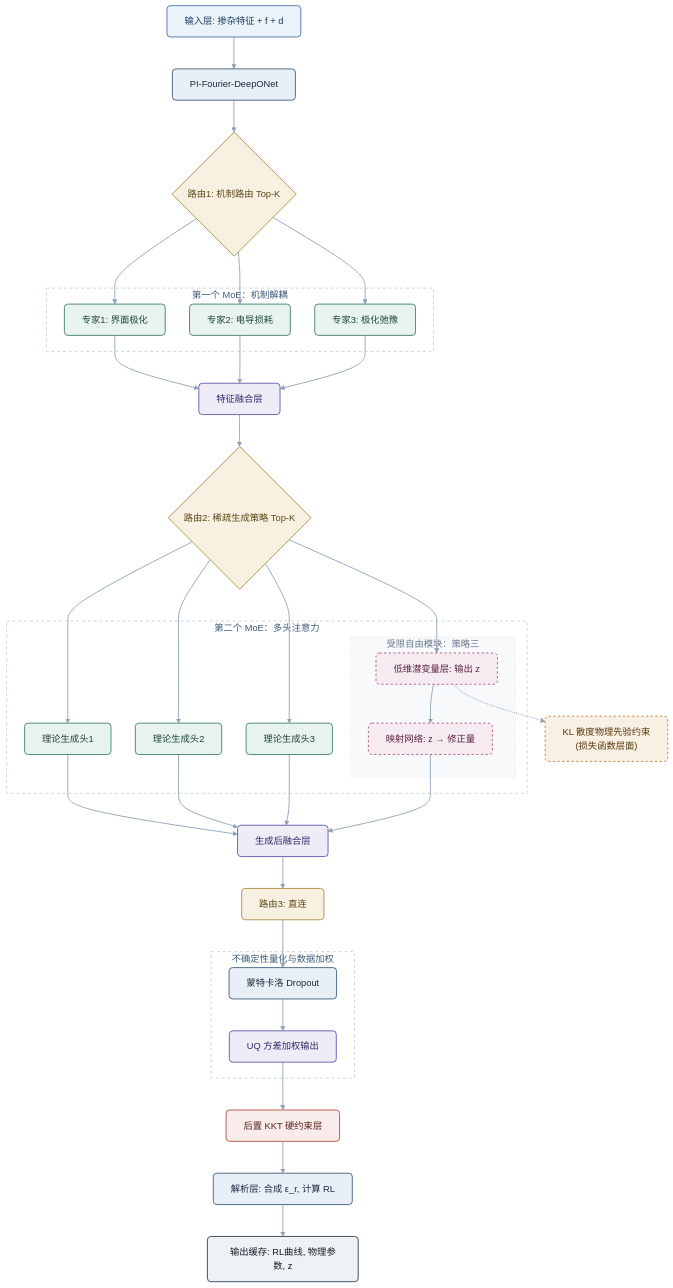
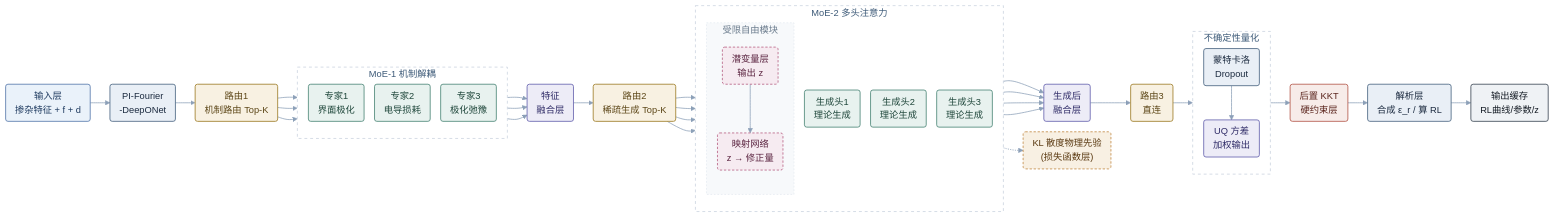
One commit to JasminePhy/iodraw-files changed the diagram in all/未命名.md. Above: the diagram before and after it, drawn with Mermaid.

Commit message:
2026-10-12 22:30:30 update

````diff
--- a/all/未命名.md
+++ b/all/未命名.md
@@ -1,56 +1,61 @@
 ```mermaid
-%%{init: {"theme":"base", "flowchart":{"nodeSpacing":42, "rankSpacing":55, "curve":"basis"}}}%%
+%%{init: {"theme":"base","flowchart":{"nodeSpacing":18,"rankSpacing":34,"padding":8,"curve":"basis","htmlLabels":true}} }%%
+%% Advanced Science 风格 · 单行横向紧凑版（架构/连线与原版完全一致，仅改排版与配色）
+flowchart LR
 
-flowchart TD
-    %% 配色定义（深冷学术风：冷色系为骨架，暖金色做决策强调）
-    classDef inputBox fill:#EAF2FA,stroke:#4A6FA5,stroke-width:1.5px,color:#1E3A5F,rx:6px,ry:6px;
-    classDef modelBox fill:#E9EFF6,stroke:#3D5A78,stroke-width:1.5px,color:#1B2A3F,rx:6px,ry:6px;
-    classDef routerBox fill:#F8F1E2,stroke:#A98B3E,stroke-width:1.5px,color:#5C4617,rx:6px,ry:6px;
-    classDef expertBox fill:#E8F2EF,stroke:#3F7D6E,stroke-width:1.5px,color:#1E463A,rx:6px,ry:6px;
-    classDef fusionBox fill:#EDECF7,stroke:#5A56A8,stroke-width:1.5px,color:#2E2A66,rx:6px,ry:6px;
-    classDef latentBox fill:#F6EBF1,stroke:#B2567B,stroke-width:1.5px,color:#5B2440,rx:6px,ry:6px,stroke-dasharray:4 4;
-    classDef hardBox fill:#F7ECE9,stroke:#AE4B3C,stroke-width:1.5px,color:#5A241C,rx:6px,ry:6px;
-    classDef outputBox fill:#EFF2F5,stroke:#2E3A48,stroke-width:1.5px,color:#141B24,rx:6px,ry:6px;
-    classDef lossBox fill:#F8F0E3,stroke:#BF823A,stroke-width:1.5px,color:#593810,rx:6px,ry:6px,stroke-dasharray:4 4;
+    %% ===== 配色：冷色骨架承担数据通路，暖金标记路由决策 =====
+    classDef inputBox  fill:#EAF2FA,stroke:#4A6FA5,stroke-width:1.3px,color:#1E3A5F,rx:4px,ry:4px;
+    classDef modelBox  fill:#E9EFF6,stroke:#3D5A78,stroke-width:1.3px,color:#1B2A3F,rx:4px,ry:4px;
+    classDef routerBox fill:#F8F1E2,stroke:#A98B3E,stroke-width:1.6px,color:#5C4617,rx:4px,ry:4px;
+    classDef expertBox fill:#E8F2EF,stroke:#3F7D6E,stroke-width:1.3px,color:#1E463A,rx:4px,ry:4px;
+    classDef fusionBox fill:#EDECF7,stroke:#5A56A8,stroke-width:1.3px,color:#2E2A66,rx:4px,ry:4px;
+    classDef latentBox fill:#F6EBF1,stroke:#B2567B,stroke-width:1.3px,color:#5B2440,rx:4px,ry:4px,stroke-dasharray:4 3;
+    classDef hardBox   fill:#F7ECE9,stroke:#AE4B3C,stroke-width:1.3px,color:#5A241C,rx:4px,ry:4px;
+    classDef outputBox fill:#EFF2F5,stroke:#2E3A48,stroke-width:1.3px,color:#141B24,rx:4px,ry:4px;
+    classDef lossBox   fill:#F8F0E3,stroke:#BF823A,stroke-width:1.3px,color:#593810,rx:4px,ry:4px,stroke-dasharray:4 3;
 
-    %% 主流程
-    Input["输入层: 掺杂特征 + f + d"]:::inputBox
-    Fourier["PI-Fourier-DeepONet"]:::modelBox
-    Router1{"路由1: 机制路由 Top-K"}:::routerBox
+    %% ===== 主流程（横向单排，子图内纵向堆叠以压缩宽度） =====
+    Input["输入层<br/>掺杂特征 + f + d"]:::inputBox
+    Fourier["PI-Fourier<br/>-DeepONet"]:::modelBox
+    Router1["路由1<br/>机制路由 Top-K"]:::routerBox
 
-    subgraph MoE1 ["第一个 MoE：机制解耦"]
-        Expert1["专家1: 界面极化"]:::expertBox
-        Expert2["专家2: 电导损耗"]:::expertBox
-        Expert3["专家3: 极化弛豫"]:::expertBox
+    subgraph MoE1 ["MoE-1 机制解耦"]
+        direction TB
+        Expert1["专家1<br/>界面极化"]:::expertBox
+        Expert2["专家2<br/>电导损耗"]:::expertBox
+        Expert3["专家3<br/>极化弛豫"]:::expertBox
     end
 
-    Fusion1["特征融合层"]:::fusionBox
-    Router2{"路由2: 稀疏生成策略 Top-K"}:::routerBox
+    Fusion1["特征<br/>融合层"]:::fusionBox
+    Router2["路由2<br/>稀疏生成 Top-K"]:::routerBox
 
-    subgraph MoE2 ["第二个 MoE：多头注意力"]
-        Gen1["理论生成头1"]:::expertBox
-        Gen2["理论生成头2"]:::expertBox
-        Gen3["理论生成头3"]:::expertBox
-        subgraph FreeBlock ["受限自由模块：策略三"]
-            Latent["低维潜变量层: 输出 z"]:::latentBox
-            MapNet["映射网络: z → 修正量"]:::latentBox
+    subgraph MoE2 ["MoE-2 多头注意力"]
+        direction TB
+        Gen1["生成头1<br/>理论生成"]:::expertBox
+        Gen2["生成头2<br/>理论生成"]:::expertBox
+        Gen3["生成头3<br/>理论生成"]:::expertBox
+        subgraph FreeBlock ["受限自由模块"]
+            direction TB
+            Latent["潜变量层<br/>输出 z"]:::latentBox
+            MapNet["映射网络<br/>z → 修正量"]:::latentBox
         end
     end
 
-    Fusion2["生成后融合层"]:::fusionBox
-    Router3["路由3: 直连"]:::routerBox
+    Fusion2["生成后<br/>融合层"]:::fusionBox
+    Router3["路由3<br/>直连"]:::routerBox
 
-    subgraph UQ ["不确定性量化与数据加权"]
-        MCDropout["蒙特卡洛 Dropout"]:::modelBox
-        WeightUQ["UQ 方差加权输出"]:::fusionBox
+    subgraph UQ ["不确定性量化"]
+        direction TB
+        MCDropout["蒙特卡洛<br/>Dropout"]:::modelBox
+        WeightUQ["UQ 方差<br/>加权输出"]:::fusionBox
     end
 
-    PostHard["后置 KKT 硬约束层"]:::hardBox
-    Analytic["解析层: 合成 ε_r, 计算 RL"]:::modelBox
-    Output["输出缓存: RL曲线, 物理参数, z"]:::outputBox
-    KL["KL 散度物理先验约束<br/>(损失函数层面)"]:::lossBox
+    PostHard["后置 KKT<br/>硬约束层"]:::hardBox
+    Analytic["解析层<br/>合成 ε_r / 算 RL"]:::modelBox
+    Output["输出缓存<br/>RL曲线/参数/z"]:::outputBox
+    KL["KL 散度物理先验<br/>(损失函数层)"]:::lossBox
 
-    %% 连线逻辑（与原版一致，未改动）
+    %% ===== 连线逻辑（与原版一致） =====
     Input --> Fourier --> Router1
     Router1 --> Expert1
     Router1 --> Expert2
@@ -81,12 +86,11 @@
     PostHard --> Analytic
     Analytic --> Output
 
-    %% 子图统一收灰，纯白底 + 细虚线边框
-    style MoE1 fill:#FFFFFF,stroke:#C4CFDB,stroke-width:1.5px,stroke-dasharray:5 5,color:#3D5A78
-    style MoE2 fill:#FFFFFF,stroke:#C4CFDB,stroke-width:1.5px,stroke-dasharray:5 5,color:#3D5A78
+    %% ===== 子图统一收灰，白底细虚线 =====
+    style MoE1 fill:#FFFFFF,stroke:#C4CFDB,stroke-width:1.2px,stroke-dasharray:5 5,color:#3D5A78
+    style MoE2 fill:#FFFFFF,stroke:#C4CFDB,stroke-width:1.2px,stroke-dasharray:5 5,color:#3D5A78
     style FreeBlock fill:#F7F9FB,stroke:#DFE6EE,stroke-width:1px,stroke-dasharray:3 3,color:#6A7B8C
-    style UQ fill:#FFFFFF,stroke:#C4CFDB,stroke-width:1.5px,stroke-dasharray:5 5,color:#3D5A78
+    style UQ fill:#FFFFFF,stroke:#C4CFDB,stroke-width:1.2px,stroke-dasharray:5 5,color:#3D5A78
 
-    %% 连线统一
-    linkStyle default stroke:#8CA0B8,stroke-width:1.5px,fill:none;
+    linkStyle default stroke:#8CA0B8,stroke-width:1.3px,fill:none;
 ```
````
